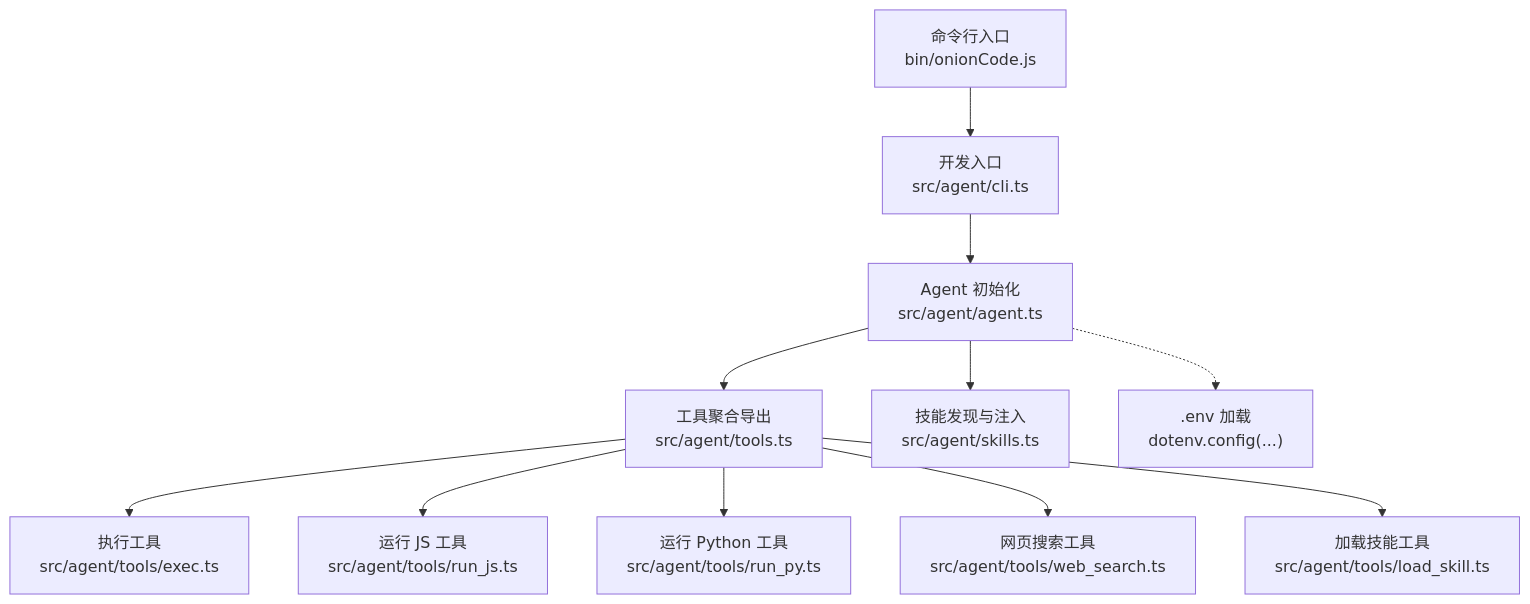
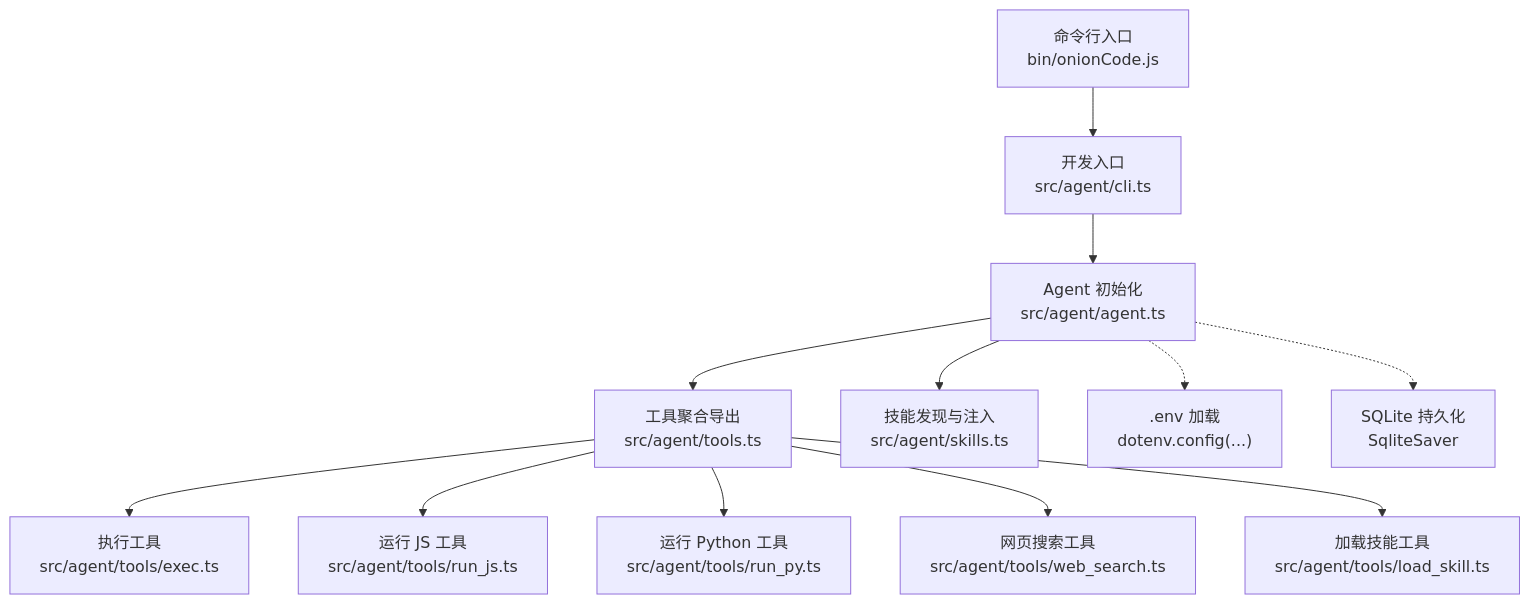
The first of 3 diagrams in .qoder/repowiki/zh/content/配置管理/配置管理.md (HAOFUYANG/onion-code), drawn with Mermaid before and after one commit. The commit also changed other lines of this file and 3 other files, not shown here.

````diff
--- a/.qoder/repowiki/zh/content/配置管理/配置管理.md
+++ b/.qoder/repowiki/zh/content/配置管理/配置管理.md
@@ -46,13 +47,14 @@
 ```mermaid
 graph TB
 CLI["命令行入口<br/>bin/onionCode.js"] --> DevCLI["开发入口<br/>src/agent/cli.ts"]
 DevCLI --> Agent["Agent 初始化<br/>src/agent/agent.ts"]
 Agent --> Tools["工具聚合导出<br/>src/agent/tools.ts"]
 Agent --> Skills["技能发现与注入<br/>src/agent/skills.ts"]
 Tools --> Exec["执行工具<br/>src/agent/tools/exec.ts"]
 Tools --> RunJS["运行 JS 工具<br/>src/agent/tools/run_js.ts"]
 Tools --> RunPy["运行 Python 工具<br/>src/agent/tools/run_py.ts"]
 Tools --> WebSearch["网页搜索工具<br/>src/agent/tools/web_search.ts"]
 Tools --> LoadSkill["加载技能工具<br/>src/agent/tools/load_skill.ts"]
 Agent -.-> Env[".env 加载<br/>dotenv.config(...)"]
+Agent -.-> SQLite["SQLite 持久化<br/>SqliteSaver"]
 ```
````
